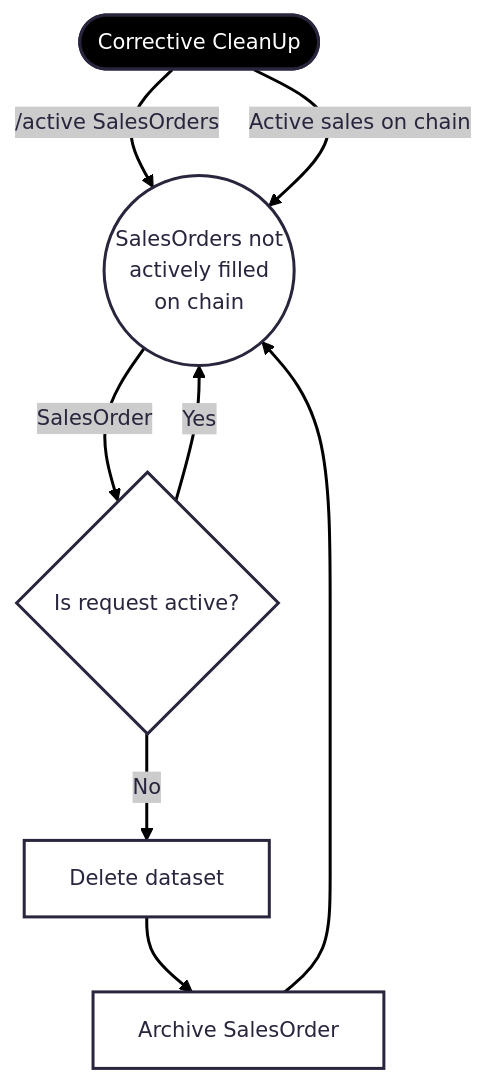
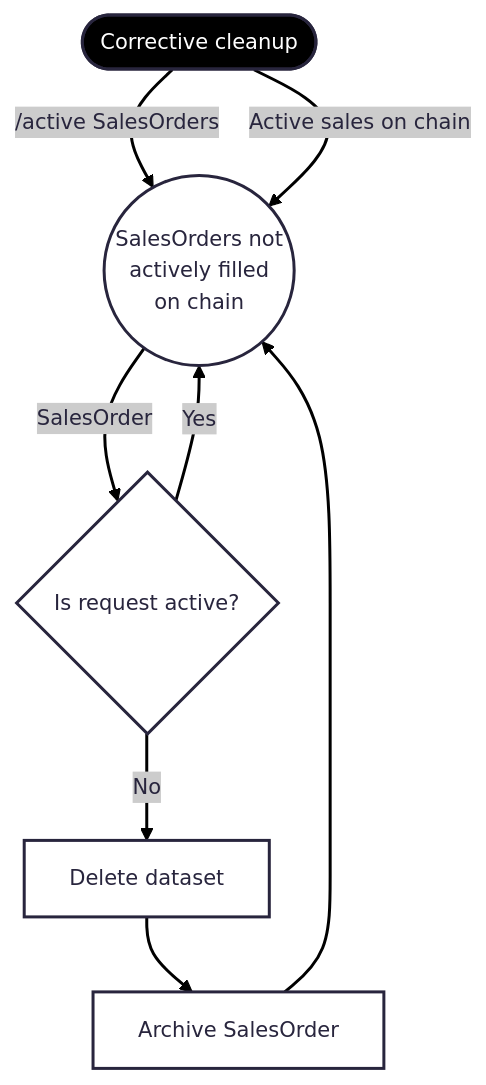
Before and after one commit to logos-storage/logos-storage-research: diagram 11 of 19 in design/sales2.md, drawn with Mermaid. The commit also changed other lines of this file, not shown here.

````diff
--- a/design/sales2.md
+++ b/design/sales2.md
@@ -419,22 +474,22 @@
 ```mermaid
 ---
 config:
   theme: redux
 ---
 flowchart TB
-    CleanUp(["Corrective CleanUp"]) --/active SalesOrders -->
+    Cleanup@{ shape: stadium, label: "Corrective cleanup" } --/active SalesOrders -->
     %% TimeInterval[Every time interval] -- /active SalesOrders-->
-    QueryResults(("SalesOrders not<br>actively filled<br>on chain"))
-
-    CleanUp -- Active sales on chain -->
+    QueryResults@{ shape: circle, label: "SalesOrders not<br/>actively filled<br/>on chain" }
+    %% Cleanup
+    Cleanup -- Active sales on chain -->
     QueryResults --"SalesOrder"-->
     IsActiveRequest{Is request active?} --"No"-->
     Delete["Delete dataset"] -->
     Archive["Archive SalesOrder"] -->
     QueryResults
 
     IsActiveRequest --"Yes"--> QueryResults
 
-     CleanUp:::start
+     Cleanup:::start
     classDef start fill:#000000, color:#FFFFFF
 ```
````
